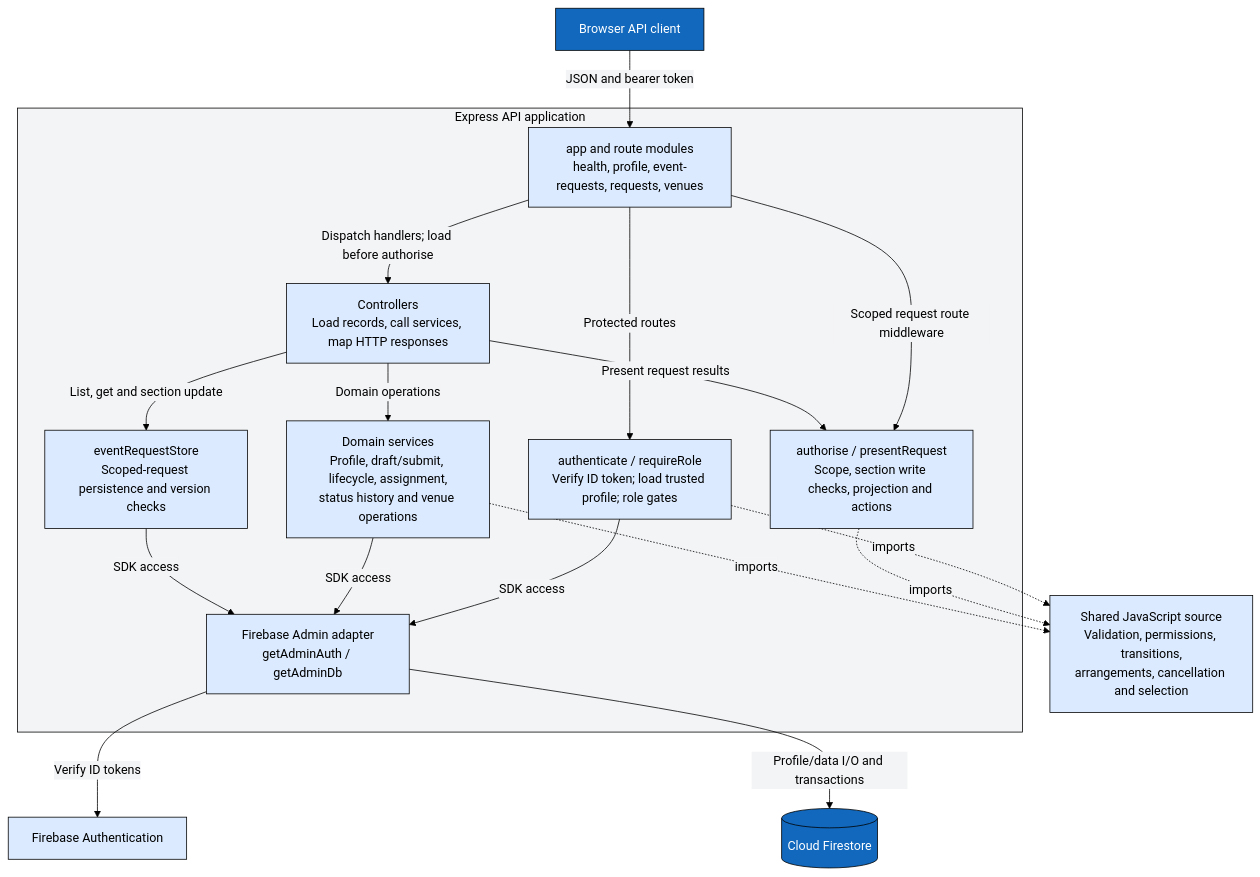
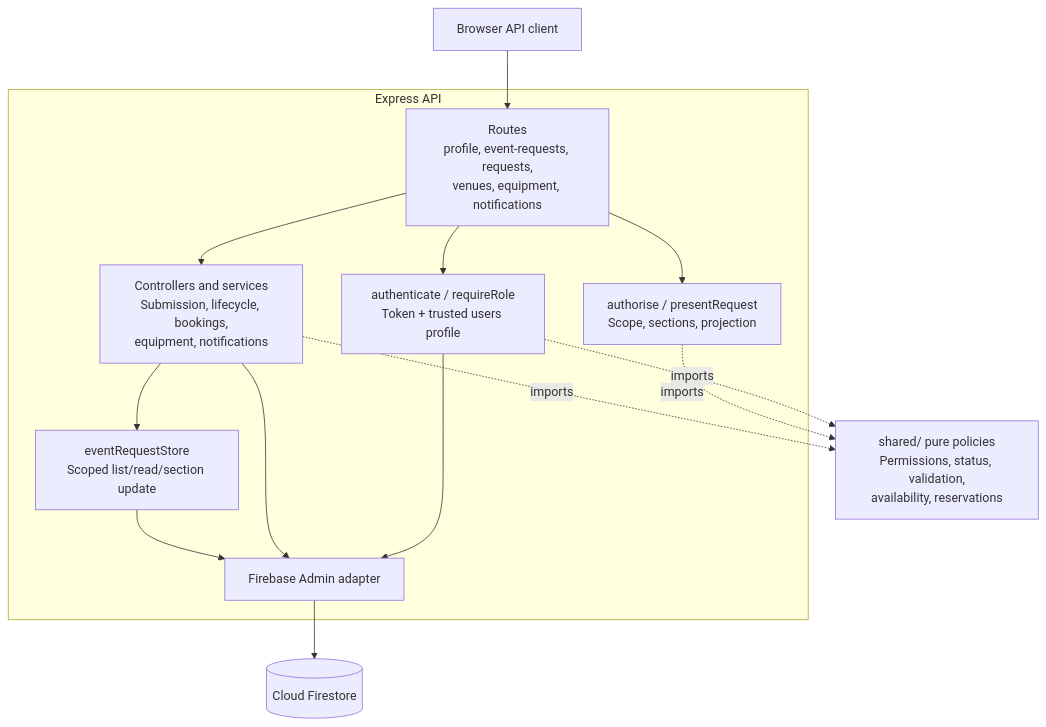
Before and after one commit to ydairu/connectsphere: the fourth of 5 diagrams in docs/architecture/c4-model.md, drawn with Mermaid. The commit also changed other lines of this file and 2 other files, not shown here.

Commit message:
[Sprint 3] Updated C4 and architecture models

````diff
--- a/docs/architecture/c4-model.md
+++ b/docs/architecture/c4-model.md
@@ -117,33 +70,22 @@
 ```mermaid
-%%{init: {"theme":"base","themeVariables":{"darkMode":false,"background":"#f3f4f6","primaryColor":"#dbeafe","primaryTextColor":"#000000","primaryBorderColor":"#000000","secondaryColor":"#dbeafe","secondaryTextColor":"#000000","secondaryBorderColor":"#000000","tertiaryColor":"#f3f4f6","tertiaryTextColor":"#000000","tertiaryBorderColor":"#000000","clusterBkg":"#f3f4f6","clusterBorder":"#000000","lineColor":"#000000","textColor":"#000000","edgeLabelBackground":"#f3f4f6","titleColor":"#000000"},"themeCSS":"& { background-color: #f3f4f6; }"}}%%
 flowchart TB
   browser["Browser API client"]
-  subgraph api["Express API application"]
-    routes["app and route modules<br/>health, profile, event-requests, requests, venues"]
-    authn["authenticate / requireRole<br/>Verify ID token; load trusted profile; role gates"]
-    authz["authorise / presentRequest<br/>Scope, section write checks, projection and actions"]
-    controllers["Controllers<br/>Load records, call services, map HTTP responses"]
-    services["Domain services<br/>Profile, draft/submit, lifecycle, assignment,<br/>status history and venue operations"]
-    store["eventRequestStore<br/>Scoped-request persistence and version checks"]
-    admin["Firebase Admin adapter<br/>getAdminAuth / getAdminDb"]
+  subgraph express["Express API"]
+    routes["Routes<br/>profile, event-requests, requests,<br/>venues, equipment, notifications"]
+    identity["authenticate / requireRole<br/>Token + trusted users profile"]
+    authz["authorise / presentRequest<br/>Scope, sections, projection"]
+    handlers["Controllers and services<br/>Submission, lifecycle, bookings,<br/>equipment, notifications"]
+    store["eventRequestStore<br/>Scoped list/read/section update"]
+    admin["Firebase Admin adapter"]
   end
-  policies["Shared JavaScript source<br/>Validation, permissions, transitions,<br/>arrangements, cancellation and selection"]
-  identity["Firebase Authentication"]
+  policy["shared/ pure policies<br/>Permissions, status, validation,<br/>availability, reservations"]
   db[("Cloud Firestore")]
-  browser -->|"JSON and bearer token"| routes
-  routes -->|"Protected routes"| authn
-  routes -->|"Dispatch handlers; load before authorise"| controllers
-  routes -->|"Scoped request route middleware"| authz
-  controllers -->|"Present request results"| authz
-  controllers -->|"Domain operations"| services
-  controllers -->|"List, get and section update"| store
-  authn & services & store -->|"SDK access"| admin
-  authn & authz & services -.->|"imports"| policies
-  admin -->|"Verify ID tokens"| identity
-  admin -->|"Profile/data I/O and transactions"| db
-  classDef people fill:#08427b,stroke:#000000,color:#ffffff;
-  classDef container fill:#1168bd,stroke:#000000,color:#ffffff;
-  classDef other fill:#dbeafe,stroke:#000000,color:#000000;
-  class browser,db container;
-  class routes,authn,authz,controllers,services,store,admin,policies,identity other;
+  browser --> routes
+  routes --> identity
+  routes --> authz
+  routes --> handlers
+  handlers --> store
+  identity & authz & handlers -.->|"imports"| policy
+  identity & handlers & store --> admin
+  admin --> db
 ```
````
